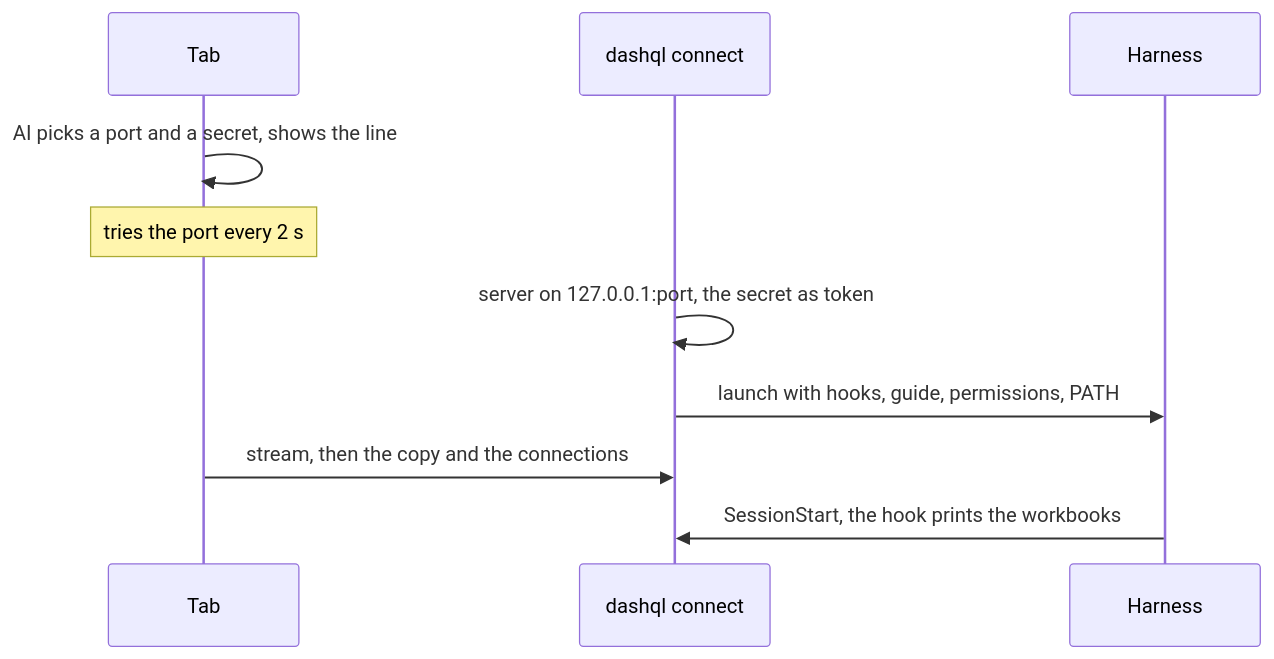
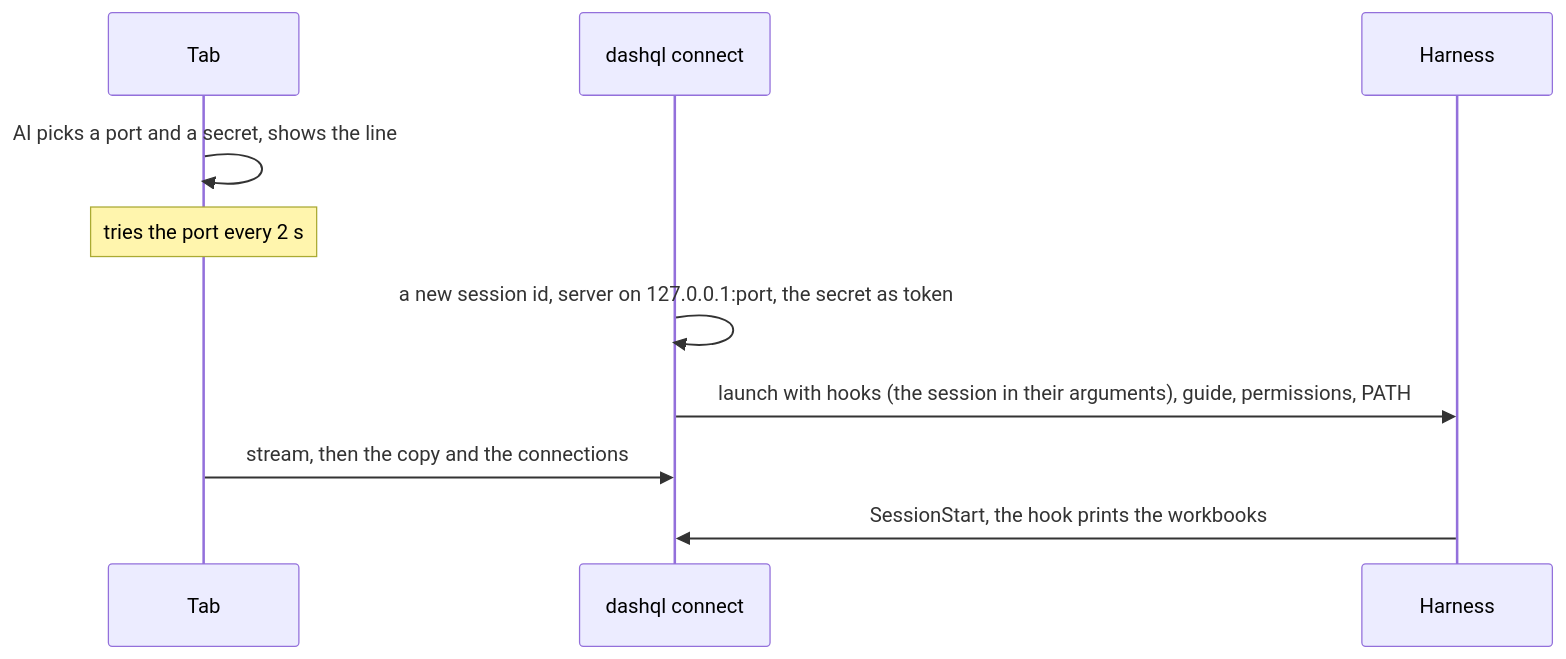
Before and after one commit to ankoh/dashql: the second of 2 diagrams in docs/design/agent_integration.md, drawn with Mermaid. The commit also changed other lines of this file and 33 other files, not shown here.

First line of the commit message:
Make dashql connect the one way in and pass the session as arguments

````diff
--- a/docs/design/agent_integration.md
+++ b/docs/design/agent_integration.md
@@ -127,12 +127,12 @@
 ```mermaid
 sequenceDiagram
     participant Tab
     participant Connect as dashql connect
     participant Harness
     Tab->>Tab: AI picks a port and a secret, shows the line
     Note over Tab: tries the port every 2 s
-    Connect->>Connect: server on 127.0.0.1:port, the secret as token
-    Connect->>Harness: launch with hooks, guide, permissions, PATH
+    Connect->>Connect: a new session id, server on 127.0.0.1:port, the secret as token
+    Connect->>Harness: launch with hooks (the session in their arguments), guide, permissions, PATH
     Tab->>Connect: stream, then the copy and the connections
     Harness->>Connect: SessionStart, the hook prints the workbooks
 ```
````
